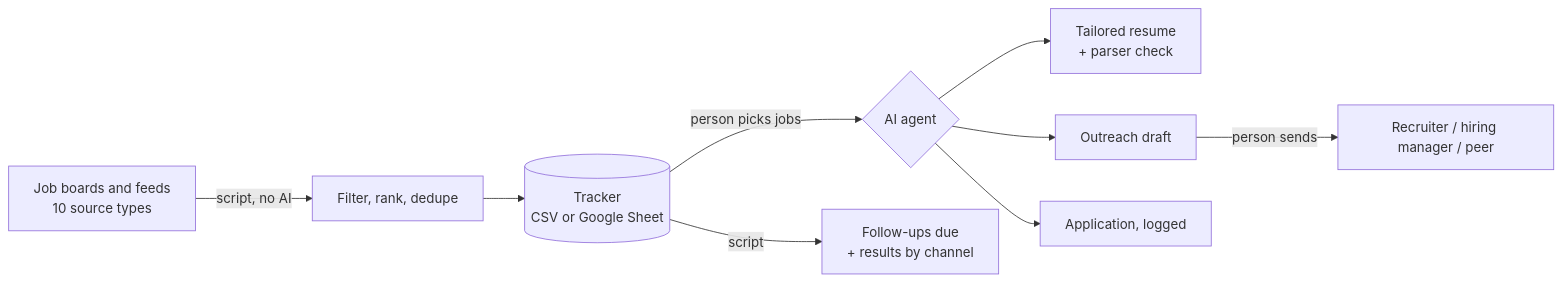
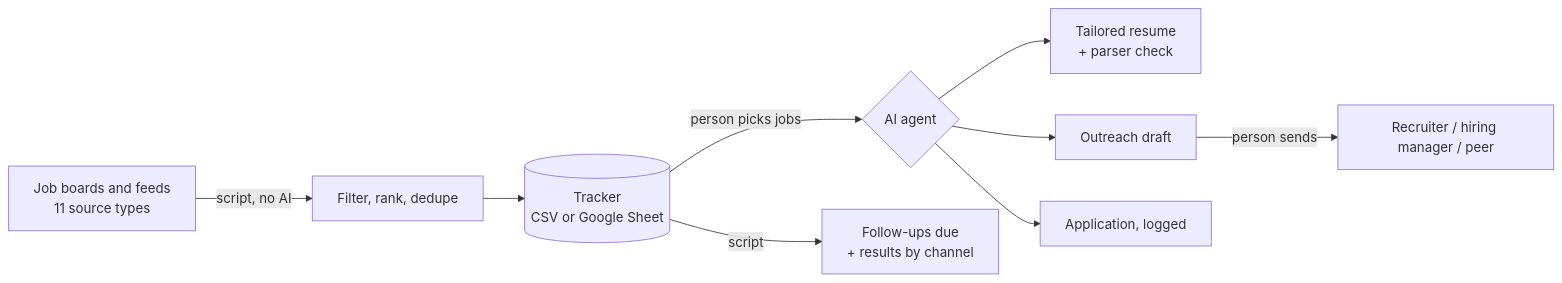
One commit to josephfanpm/Agentic-job-hunt changed the diagram in README.md. Above: the diagram before and after it, drawn with Mermaid. The commit also changed other lines of this file and 16 other files, not shown here.

````diff
--- a/README.md
+++ b/README.md
@@ -259,11 +259,11 @@
 ```mermaid
 flowchart LR
-    A[Job boards and feeds<br/>10 source types] -->|script, no AI| B[Filter, rank, dedupe]
+    A[Job boards and feeds<br/>11 source types] -->|script, no AI| B[Filter, rank, dedupe]
     B --> C[(Tracker<br/>CSV or Google Sheet)]
     C -->|person picks jobs| D{AI agent}
     D --> E[Tailored resume<br/>+ parser check]
     D --> F[Outreach draft]
     D --> G[Application, logged]
     F -->|person sends| H[Recruiter / hiring manager / peer]
     C -->|script| I[Follow-ups due<br/>+ results by channel]
 ```
````
